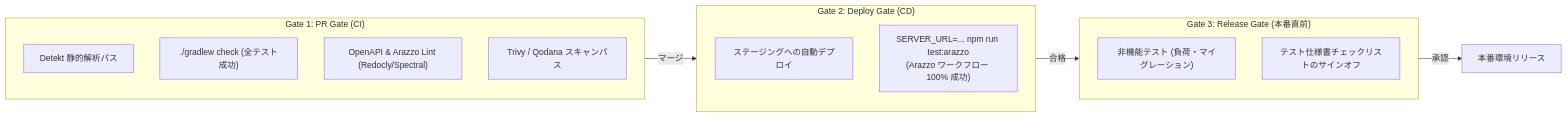
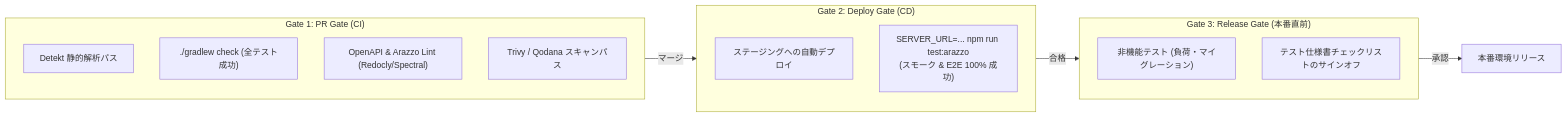
The third of 3 diagrams in docs/testing/test-strategy.md (tom009924/sandbox), drawn with Mermaid before and after one commit. The commit also changed other lines of this file and 2 other files, not shown here.

First line of the commit message:
docs: unify smoke and E2E testing into Arazzo workflow and remove smoke-test.sh

````diff
--- a/docs/testing/test-strategy.md
+++ b/docs/testing/test-strategy.md
@@ -90,23 +91,23 @@
 ```mermaid
 flowchart LR
     subgraph Gate1["Gate 1: PR Gate (CI)"]
         G1_1["Detekt 静的解析パス"]
         G1_2["./gradlew check (全テスト成功)"]
         G1_3["OpenAPI & Arazzo Lint (Redocly/Spectral)"]
         G1_4["Trivy / Qodana スキャンパス"]
     end
 
     subgraph Gate2["Gate 2: Deploy Gate (CD)"]
         G2_1["ステージングへの自動デプロイ"]
-        G2_2["SERVER_URL=... npm run test:arazzo\n(Arazzo ワークフロー 100% 成功)"]
+        G2_2["SERVER_URL=... npm run test:arazzo\n(スモーク & E2E 100% 成功)"]
     end
 
     subgraph Gate3["Gate 3: Release Gate (本番直前)"]
         G3_1["非機能テスト (負荷・マイグレーション)"]
         G3_2["テスト仕様書チェックリストのサインオフ"]
     end
 
     Gate1 -->|マージ| Gate2
     Gate2 -->|合格| Gate3
     Gate3 -->|承認| Production["本番環境リリース"]
 ```
````
